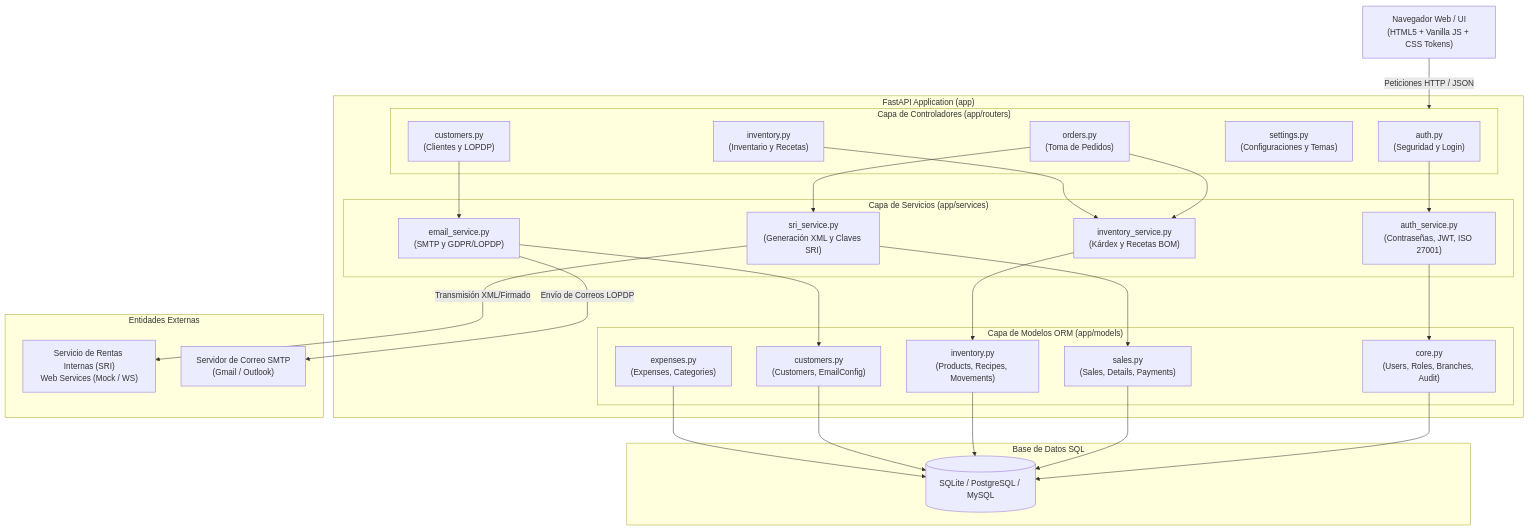
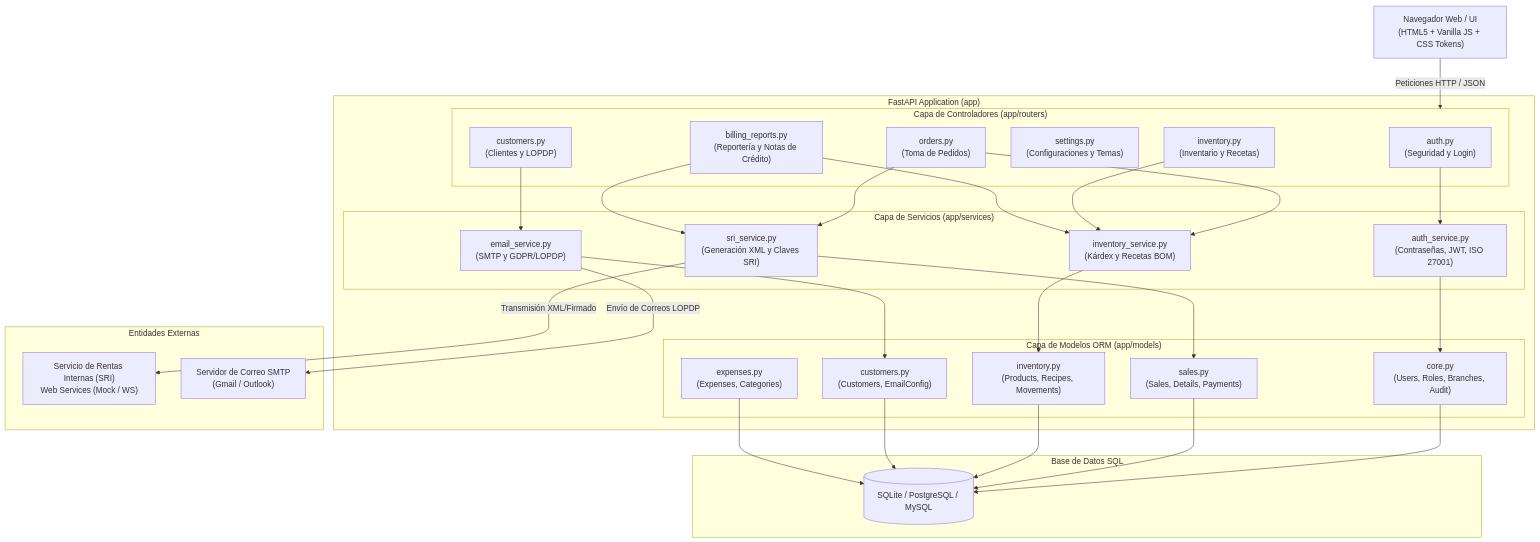
Before and after one commit to dpozocoello/app_cafeteria: the first of 4 diagrams in DOCUMENTACION_TECNICA.md, drawn with Mermaid. The commit also changed other lines of this file and 26 other files, not shown here.

Commit message:
feat: implement core ordering system with new UI templates, sales models, services, and billing router

````diff
--- a/DOCUMENTACION_TECNICA.md
+++ b/DOCUMENTACION_TECNICA.md
@@ -16,65 +16,68 @@
 ```mermaid
 graph TD
     %% Estilo del Cliente
     ClientUI["Navegador Web / UI<br/>(HTML5 + Vanilla JS + CSS Tokens)"] -- Peticiones HTTP / JSON --> RouterLayer
     
     subgraph FastAPI_Backend ["FastAPI Application (app)"]
         %% Capa de Routers
         subgraph RouterLayer ["Capa de Controladores (app/routers)"]
             AuthRouter["auth.py<br/>(Seguridad y Login)"]
             OrderRouter["orders.py<br/>(Toma de Pedidos)"]
             InvRouter["inventory.py<br/>(Inventario y Recetas)"]
             SettingsRouter["settings.py<br/>(Configuraciones y Temas)"]
             CustRouter["customers.py<br/>(Clientes y LOPDP)"]
+            BillRepRouter["billing_reports.py<br/>(Reportería y Notas de Crédito)"]
         end
         
         %% Capa de Lógica de Negocio
         subgraph ServiceLayer ["Capa de Servicios (app/services)"]
             AuthService["auth_service.py<br/>(Contraseñas, JWT, ISO 27001)"]
             SRIService["sri_service.py<br/>(Generación XML y Claves SRI)"]
             InvService["inventory_service.py<br/>(Kárdex y Recetas BOM)"]
             EmailService["email_service.py<br/>(SMTP y GDPR/LOPDP)"]
         end
         
         %% Capa de Modelos
         subgraph ModelLayer ["Capa de Modelos ORM (app/models)"]
             BaseModel["core.py<br/>(Users, Roles, Branches, Audit)"]
             SalesModel["sales.py<br/>(Sales, Details, Payments)"]
             InvModel["inventory.py<br/>(Products, Recipes, Movements)"]
             CustModel["customers.py<br/>(Customers, EmailConfig)"]
             ExpenseModel["expenses.py<br/>(Expenses, Categories)"]
         end
     end
 
     %% Capa de Persistencia
     subgraph Database_Layer ["Base de Datos SQL"]
         DB[(SQLite / PostgreSQL / MySQL)]
     end
 
     %% Dependencias Externas
     subgraph External_APIs ["Entidades Externas"]
         SRI["Servicio de Rentas Internas (SRI)<br/>Web Services (Mock / WS)"]
         SMTP_Server["Servidor de Correo SMTP<br/>(Gmail / Outlook)"]
     end
 
     %% Relaciones / Flujos
     AuthRouter --> AuthService
     OrderRouter --> InvService
     OrderRouter --> SRIService
     InvRouter --> InvService
     CustRouter --> EmailService
+    BillRepRouter --> InvService
+    BillRepRouter --> SRIService
 
     AuthService --> BaseModel
     SRIService --> SalesModel
     InvService --> InvModel
     EmailService --> CustModel
 
     BaseModel --> DB
     SalesModel --> DB
     InvModel --> DB
     CustModel --> DB
     ExpenseModel --> DB
 
     SRIService -- Transmisión XML/Firmado --> SRI
     EmailService -- Envío de Correos LOPDP --> SMTP_Server
 ```
````
